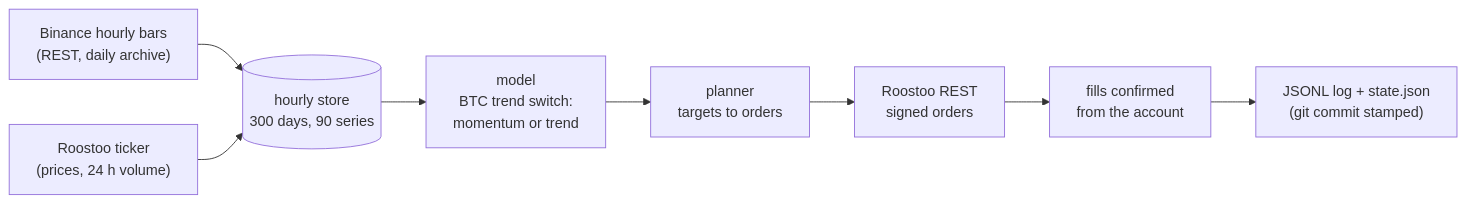
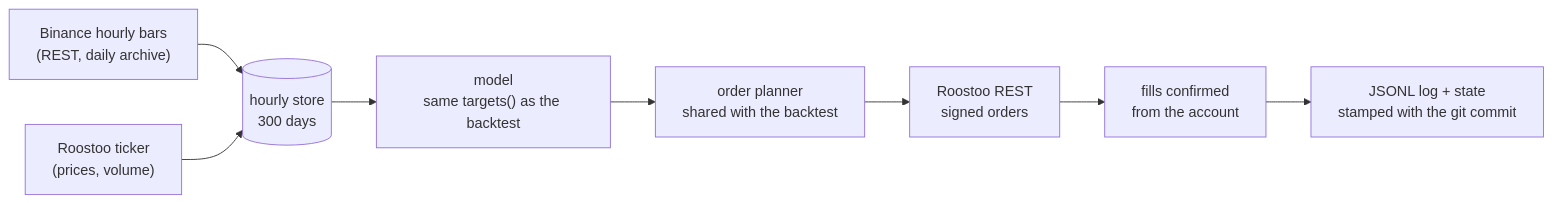
One commit to Book15011/MiniMax changed the diagram in README.md. Above: the diagram before and after it, drawn with Mermaid. The commit also changed other lines of this file and 7 other files, not shown here.

````diff
--- a/README.md
+++ b/README.md
@@ -45,10 +102,10 @@
 ```mermaid
 flowchart LR
-  A["Binance hourly bars<br/>(REST, daily archive)"] --> S[("hourly store<br/>300 days, 90 series")]
-  T["Roostoo ticker<br/>(prices, 24 h volume)"] --> S
-  S --> M["model<br/>BTC trend switch:<br/>momentum or trend"]
-  M --> P["planner<br/>targets to orders"]
+  A["Binance hourly bars<br/>(REST, daily archive)"] --> S[("hourly store<br/>300 days")]
+  T["Roostoo ticker<br/>(prices, volume)"] --> S
+  S --> M["model<br/>same targets() as the backtest"]
+  M --> P["order planner<br/>shared with the backtest"]
   P --> X["Roostoo REST<br/>signed orders"]
   X --> C["fills confirmed<br/>from the account"]
-  C --> L["JSONL log + state.json<br/>(git commit stamped)"]
+  C --> L["JSONL log + state<br/>stamped with the git commit"]
 ```
````
